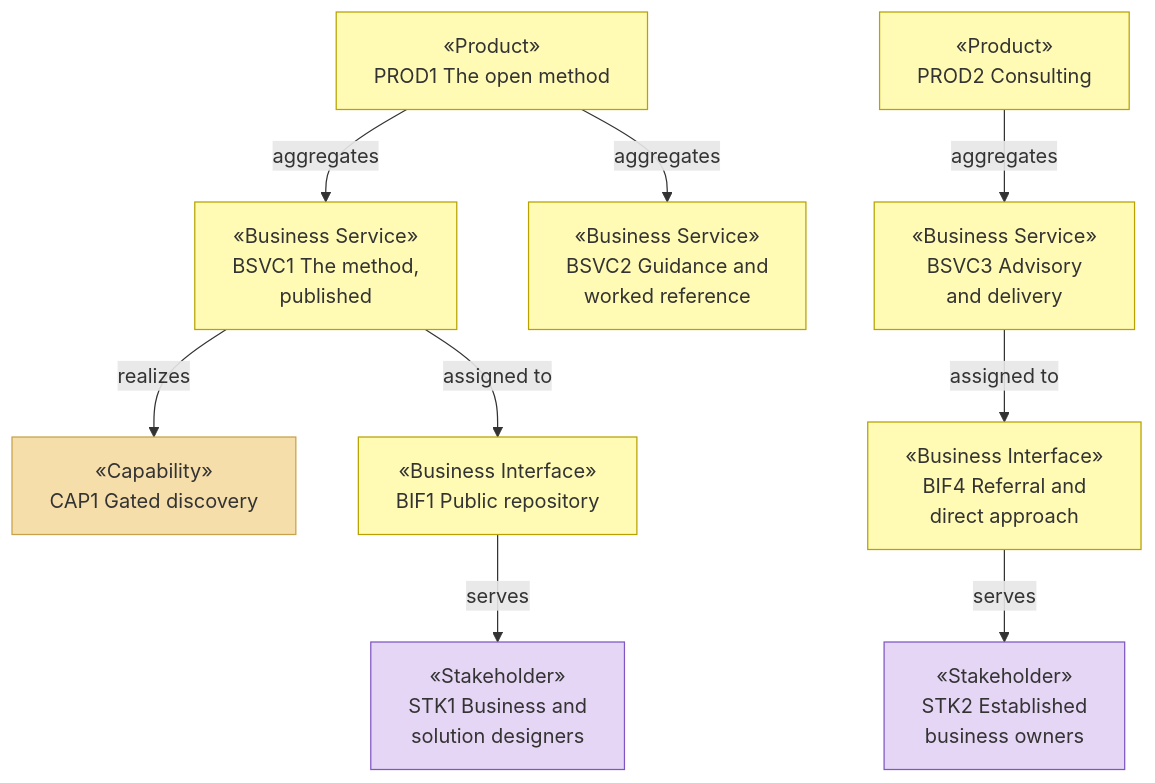
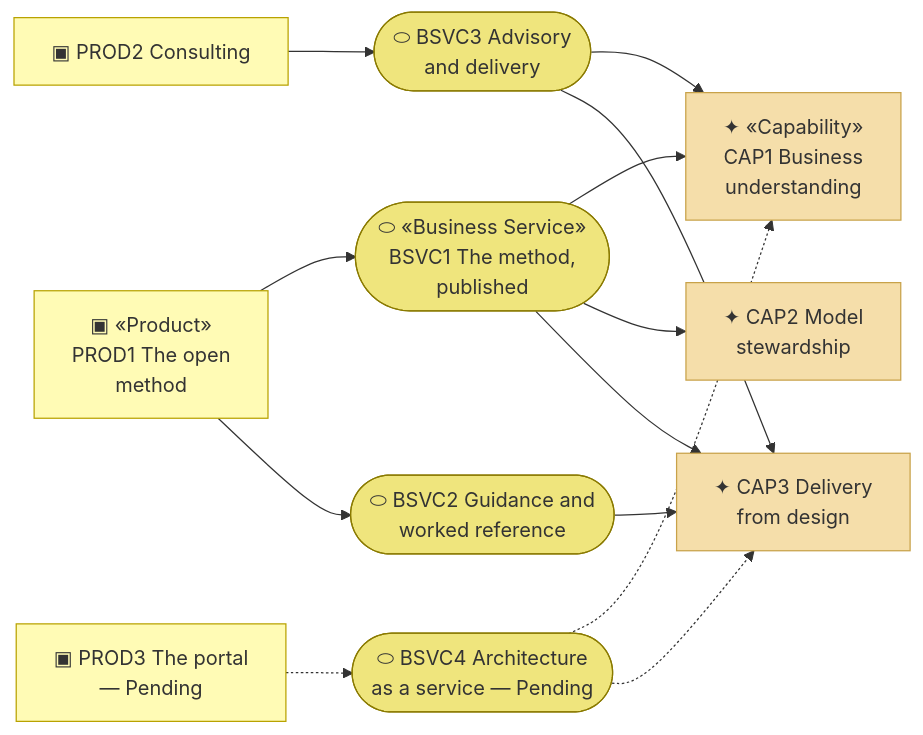
The second of 3 diagrams in organization/docs/ea/2_business/2_business-services.md (roanboc/architecture-archreator), drawn with Mermaid before and after one commit. The commit also changed other lines of this file and 7 other files, not shown here.

````diff
--- a/organization/docs/ea/2_business/2_business-services.md
+++ b/organization/docs/ea/2_business/2_business-services.md
@@ -56,30 +52,33 @@
 ```mermaid
-flowchart TB
-  prod1["«Product»<br>PROD1 The open method"]:::business
-  prod2["«Product»<br>PROD2 Consulting"]:::business
+flowchart LR
+  prod1["▣ «Product»<br>PROD1 The open<br>method"]:::product
+  prod2["▣ PROD2 Consulting"]:::product
+  prod3["▣ PROD3 The portal<br>— Pending"]:::product
 
-  bsvc1["«Business Service»<br>BSVC1 The method,<br>published"]:::business
-  bsvc2["«Business Service»<br>BSVC2 Guidance and<br>worked reference"]:::business
-  bsvc3["«Business Service»<br>BSVC3 Advisory<br>and delivery"]:::business
+  bsvc1(["⬭ «Business Service»<br>BSVC1 The method,<br>published"]):::service
+  bsvc2(["⬭ BSVC2 Guidance and<br>worked reference"]):::service
+  bsvc3(["⬭ BSVC3 Advisory<br>and delivery"]):::service
+  bsvc4(["⬭ BSVC4 Architecture<br>as a service — Pending"]):::service
 
-  bif1["«Business Interface»<br>BIF1 Public repository"]:::business
-  bif4["«Business Interface»<br>BIF4 Referral and<br>direct approach"]:::business
+  cap1["✦ «Capability»<br>CAP1 Business<br>understanding"]:::capability
+  cap2["✦ CAP2 Model<br>stewardship"]:::capability
+  cap3["✦ CAP3 Delivery<br>from design"]:::capability
 
-  stk1["«Stakeholder»<br>STK1 Business and<br>solution designers"]:::motivation
-  stk2["«Stakeholder»<br>STK2 Established<br>business owners"]:::motivation
+  prod1 --> bsvc1
+  prod1 --> bsvc2
+  prod2 --> bsvc3
+  prod3 -.-> bsvc4
 
-  cap1["«Capability»<br>CAP1 Gated discovery"]:::strategy
+  bsvc1 --> cap1
+  bsvc1 --> cap2
+  bsvc1 --> cap3
+  bsvc2 --> cap3
+  bsvc3 --> cap1
+  bsvc3 --> cap3
+  bsvc4 -.-> cap1
+  bsvc4 -.-> cap3
 
-  prod1 -->|aggregates| bsvc1
-  prod1 -->|aggregates| bsvc2
-  prod2 -->|aggregates| bsvc3
-  bsvc1 -->|realizes| cap1
-  bsvc1 -->|assigned to| bif1
-  bsvc3 -->|assigned to| bif4
-  bif1 -->|serves| stk1
-  bif4 -->|serves| stk2
-
-  classDef motivation fill:#e6d6f5,stroke:#7e57c2,color:#333
-  classDef strategy fill:#f5deaa,stroke:#c8a24a,color:#333
-  classDef business fill:#fffbb5,stroke:#b8a200,color:#333
+  classDef product fill:#fffbb5,stroke:#b8a200,color:#333
+  classDef service fill:#efe57d,stroke:#8a7a00,color:#333
+  classDef capability fill:#f5deaa,stroke:#c8a24a,color:#333
 ```
````
